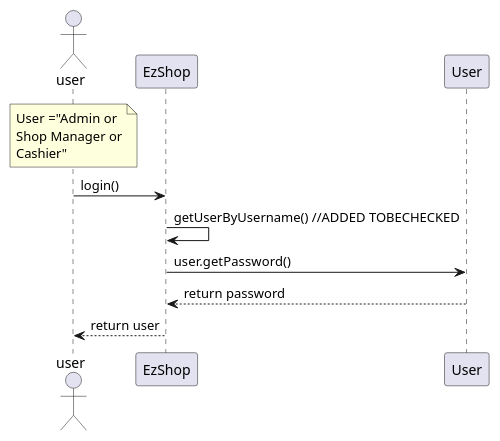
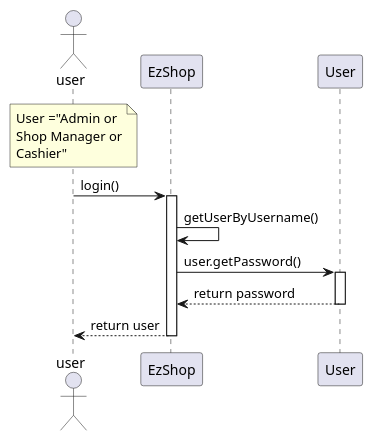
Before and after one commit to paocela/EzShop: diagram 17 of 30 in Deliverables/DesignDocument.md, drawn with PlantUML. The commit also changed other lines of this file, not shown here.

Commit message:
activate/deactivate added to sequence diagrams, typos fixed

````diff
--- a/Deliverables/DesignDocument.md
+++ b/Deliverables/DesignDocument.md
@@ -500,11 +543,15 @@
 ```plantuml
 
 actor user
 note over user: User ="Admin or\nShop Manager or\nCashier"
 user -> EzShop : login()
-EzShop -> EzShop : getUserByUsername() //ADDED TOBECHECKED
+activate EzShop
+EzShop -> EzShop : getUserByUsername()
 EzShop -> User : user.getPassword()
+activate User
 EzShop <-- User : return password
+deactivate User
 user <-- EzShop : return user
+deactivate EzShop
 
 ```
````
